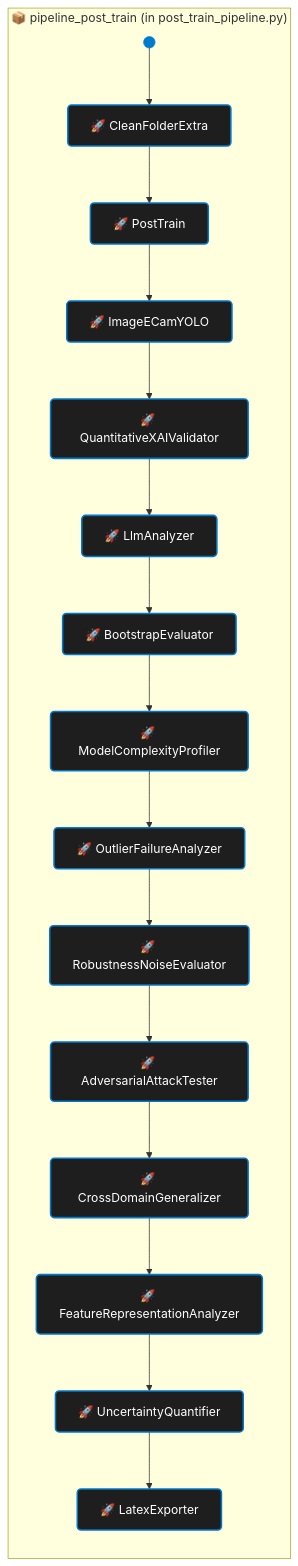
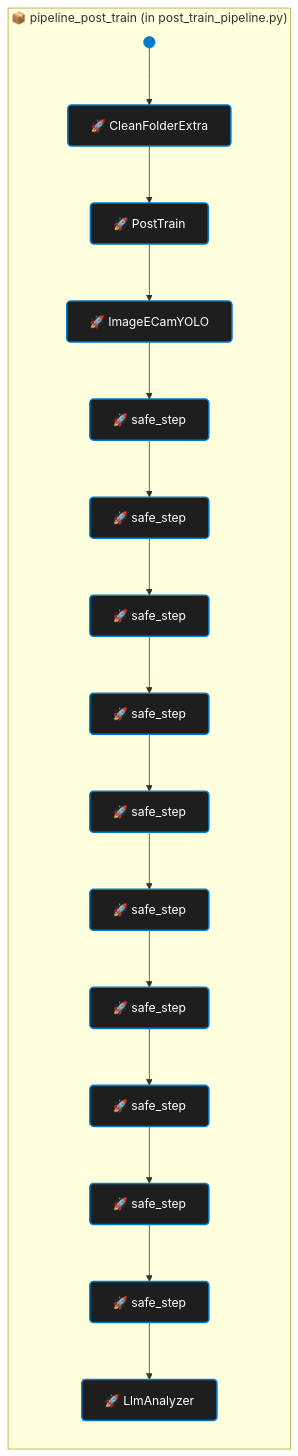
The diagram in executor_v2.0/wtrain/lib/src/wyolo/trainer/post_train_pipeline.wpipe.mermaid (wisrovi/wyoloservice2_worker), drawn with Mermaid before and after one commit.

Commit message:
[DOCS] Update executor_v2.0/wtrain/lib/src/wyolo/trainer/post_train_pipeline.wpipe.mermaid

```diff
--- a/executor_v2.0/wtrain/lib/src/wyolo/trainer/post_train_pipeline.wpipe.mermaid
+++ b/executor_v2.0/wtrain/lib/src/wyolo/trainer/post_train_pipeline.wpipe.mermaid
@@ -1,23 +1,38 @@
 %% Generated by WPipe Tools
 flowchart TD
   classDef step fill:#1e1e1e,stroke:#007acc,stroke-width:2px,color:#fff,rx:5,ry:5,cursor:pointer
   classDef logic fill:#1e1e1e,stroke:#ce9178,stroke-width:2px,color:#fff,rx:2,ry:2,cursor:pointer
   classDef startN fill:#007acc,stroke:#007acc,color:#fff
-  subgraph sg_ng4j1 ["📦 pipeline_post_train (in post_train_pipeline.py)"]
+  subgraph sg_o7fxr ["📦 pipeline_post_train (in post_train_pipeline.py)"]
     direction TD
-    start_ng4j1(( )):::startN
-      start_ng4j1 --> nLng4j10_L21[" 🚀 CleanFolderExtra "]:::step
-      nLng4j10_L21 --> nLng4j11_L22[" 🚀 PostTrain "]:::step
-      nLng4j11_L22 --> nLng4j12_L23[" 🚀 ImageECamYOLO "]:::step
-      nLng4j12_L23 --> nLng4j13_L24[" 🚀 QuantitativeXAIValidator "]:::step
-      nLng4j13_L24 --> nLng4j14_L28[" 🚀 LlmAnalyzer "]:::step
-      nLng4j14_L28 --> nLng4j15_L29[" 🚀 BootstrapEvaluator "]:::step
-      nLng4j15_L29 --> nLng4j16_L30[" 🚀 ModelComplexityProfiler "]:::step
-      nLng4j16_L30 --> nLng4j17_L31[" 🚀 OutlierFailureAnalyzer "]:::step
-      nLng4j17_L31 --> nLng4j18_L32[" 🚀 RobustnessNoiseEvaluator "]:::step
-      nLng4j18_L32 --> nLng4j19_L33[" 🚀 AdversarialAttackTester "]:::step
-      nLng4j19_L33 --> nLng4j20_L34[" 🚀 CrossDomainGeneralizer "]:::step
-      nLng4j20_L34 --> nLng4j21_L35[" 🚀 FeatureRepresentationAnalyzer "]:::step
-      nLng4j21_L35 --> nLng4j22_L36[" 🚀 UncertaintyQuantifier "]:::step
-      nLng4j22_L36 --> nLng4j23_L37[" 🚀 LatexExporter "]:::step
+    start_o7fxr(( )):::startN
+      start_o7fxr --> nLo7fxr0_L47[" 🚀 CleanFolderExtra "]:::step
+      click nLo7fxr0_L47 call handleNodeClick("47")
+      nLo7fxr0_L47 --> nLo7fxr1_L48[" 🚀 PostTrain "]:::step
+      click nLo7fxr1_L48 call handleNodeClick("48")
+      nLo7fxr1_L48 --> nLo7fxr2_L49[" 🚀 ImageECamYOLO "]:::step
+      click nLo7fxr2_L49 call handleNodeClick("49")
+      nLo7fxr2_L49 --> nLo7fxr3_L54[" 🚀 safe_step "]:::step
+      click nLo7fxr3_L54 call handleNodeClick("54")
+      nLo7fxr3_L54 --> nLo7fxr4_L55[" 🚀 safe_step "]:::step
+      click nLo7fxr4_L55 call handleNodeClick("55")
+      nLo7fxr4_L55 --> nLo7fxr5_L56[" 🚀 safe_step "]:::step
+      click nLo7fxr5_L56 call handleNodeClick("56")
+      nLo7fxr5_L56 --> nLo7fxr6_L57[" 🚀 safe_step "]:::step
+      click nLo7fxr6_L57 call handleNodeClick("57")
+      nLo7fxr6_L57 --> nLo7fxr7_L58[" 🚀 safe_step "]:::step
+      click nLo7fxr7_L58 call handleNodeClick("58")
+      nLo7fxr7_L58 --> nLo7fxr8_L59[" 🚀 safe_step "]:::step
+      click nLo7fxr8_L59 call handleNodeClick("59")
+      nLo7fxr8_L59 --> nLo7fxr9_L60[" 🚀 safe_step "]:::step
+      click nLo7fxr9_L60 call handleNodeClick("60")
+      nLo7fxr9_L60 --> nLo7fxr10_L61[" 🚀 safe_step "]:::step
+      click nLo7fxr10_L61 call handleNodeClick("61")
+      nLo7fxr10_L61 --> nLo7fxr11_L62[" 🚀 safe_step "]:::step
+      click nLo7fxr11_L62 call handleNodeClick("62")
+      nLo7fxr11_L62 --> nLo7fxr12_L63[" 🚀 safe_step "]:::step
+      click nLo7fxr12_L63 call handleNodeClick("63")
+      nLo7fxr12_L63 --> nLo7fxr13_L64[" 🚀 LlmAnalyzer "]:::step
+      click nLo7fxr13_L64 call handleNodeClick("64")
+
   end
```
